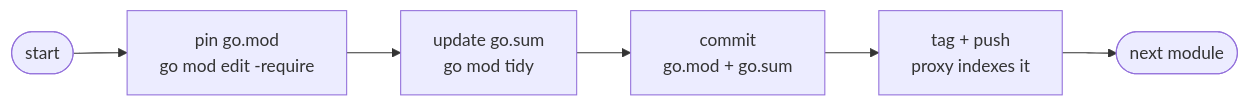
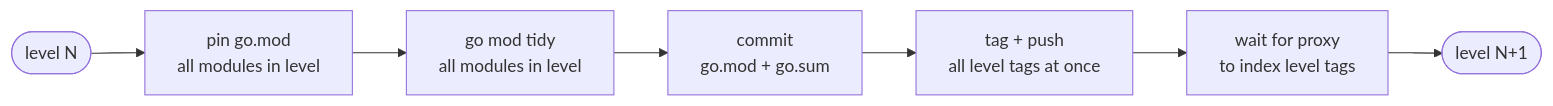
One commit to matthiasbruns/open-component-model changed the diagram in docs/adr/0025_bindings_ci_and_release_strategy.md. Above: the diagram before and after it, drawn with Mermaid. The commit also changed other lines of this file, not shown here.

Commit message:
docs(adr): update release phase to reflect level-based grouping

````diff
--- a/docs/adr/0025_bindings_ci_and_release_strategy.md
+++ b/docs/adr/0025_bindings_ci_and_release_strategy.md
@@ -254,8 +258,9 @@
 ```mermaid
 flowchart LR
-    A([start]) --> B[pin go.mod\ngo mod edit -require]
-    B --> C[update go.sum\ngo mod tidy]
+    A([level N]) --> B[pin go.mod\nall modules in level]
+    B --> C[go mod tidy\nall modules in level]
     C --> D[commit\ngo.mod + go.sum]
-    D --> E[tag + push\nproxy indexes it]
-    E --> F([next module])
+    D --> E[tag + push\nall level tags at once]
+    E --> F[wait for proxy\nto index level tags]
+    F --> G([level N+1])
 ```
````
